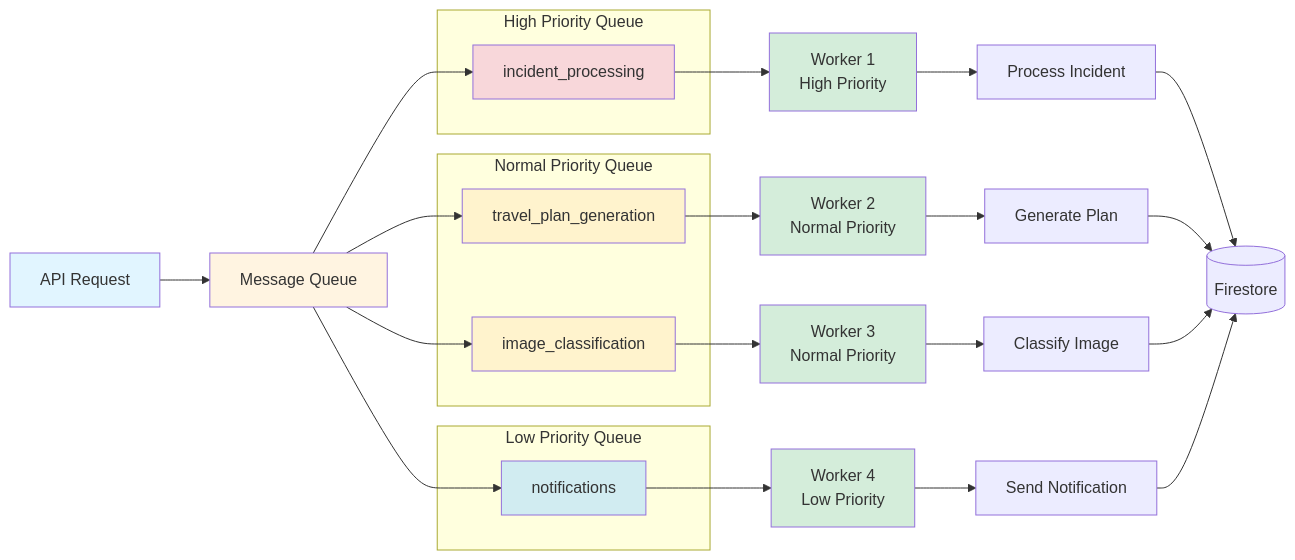
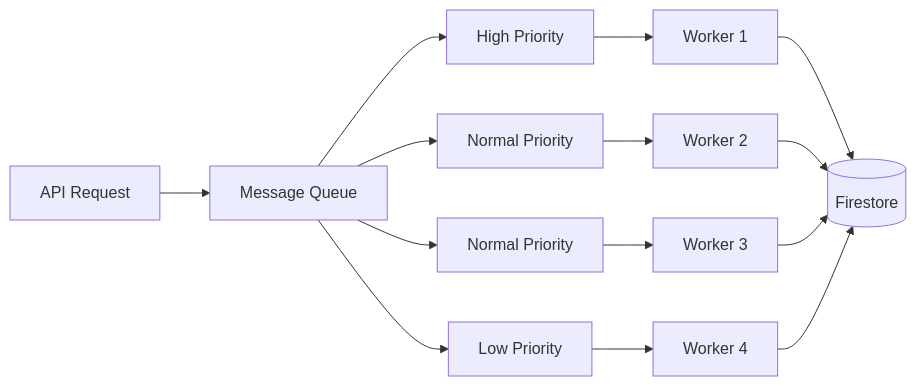
The seventh of 8 diagrams in docs/future/07-Future-Data-Flow.md (nvtank/AI_Assistant_DN), drawn with Mermaid before and after one commit. The commit also changed other lines of this file and 3 other files, not shown here.

````diff
--- a/docs/future/07-Future-Data-Flow.md
+++ b/docs/future/07-Future-Data-Flow.md
@@ -299,48 +183,16 @@
 ```mermaid
 flowchart LR
     API[API Request] --> Queue[Message Queue]
-    
-    subgraph "High Priority Queue"
-        Q1[incident_processing]
-    end
-    
-    subgraph "Normal Priority Queue"
-        Q2[travel_plan_generation]
-        Q3[image_classification]
-    end
-    
-    subgraph "Low Priority Queue"
-        Q4[notifications]
-    end
-    
-    Queue --> Q1
-    Queue --> Q2
-    Queue --> Q3
-    Queue --> Q4
-    
-    Q1 --> Worker1[Worker 1<br/>High Priority]
-    Q2 --> Worker2[Worker 2<br/>Normal Priority]
-    Q3 --> Worker3[Worker 3<br/>Normal Priority]
-    Q4 --> Worker4[Worker 4<br/>Low Priority]
-    
-    Worker1 --> Process1[Process Incident]
-    Worker2 --> Process2[Generate Plan]
-    Worker3 --> Process3[Classify Image]
-    Worker4 --> Process4[Send Notification]
-    
-    Process1 --> Firestore[(Firestore)]
-    Process2 --> Firestore
-    Process3 --> Firestore
-    Process4 --> Firestore
-    
-    style API fill:#e1f5ff
-    style Queue fill:#fff4e1
-    style Q1 fill:#f8d7da
-    style Q2 fill:#fff3cd
-    style Q3 fill:#fff3cd
-    style Q4 fill:#d1ecf1
-    style Worker1 fill:#d4edda
-    style Worker2 fill:#d4edda
-    style Worker3 fill:#d4edda
-    style Worker4 fill:#d4edda
+    Queue --> Q1[High Priority]
+    Queue --> Q2[Normal Priority]
+    Queue --> Q3[Normal Priority]
+    Queue --> Q4[Low Priority]
+    Q1 --> Worker1[Worker 1]
+    Q2 --> Worker2[Worker 2]
+    Q3 --> Worker3[Worker 3]
+    Q4 --> Worker4[Worker 4]
+    Worker1 --> Firestore[(Firestore)]
+    Worker2 --> Firestore
+    Worker3 --> Firestore
+    Worker4 --> Firestore
 ```
````
